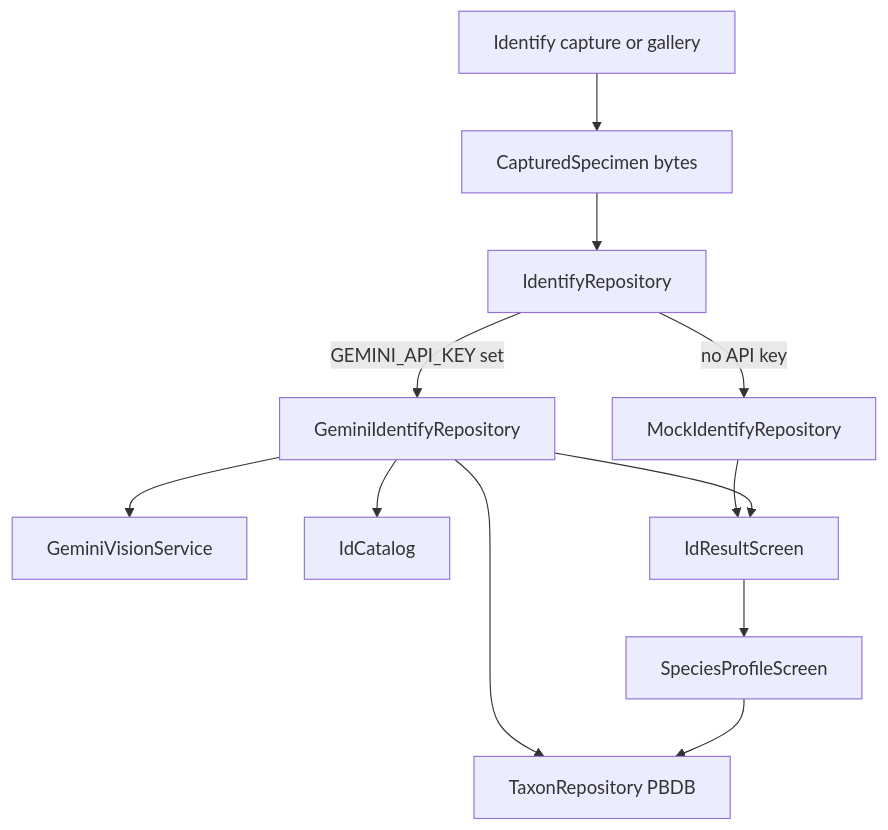
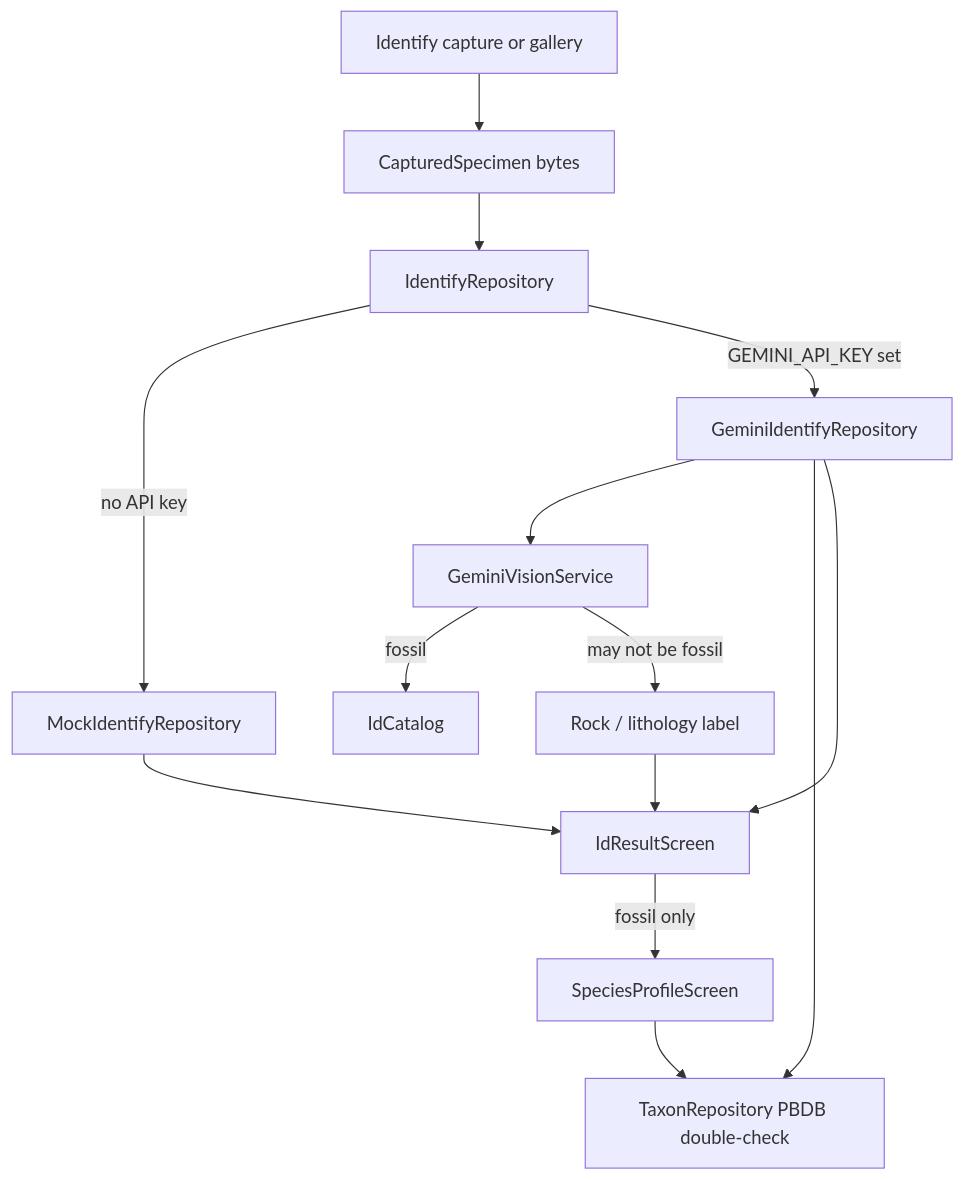
The first of 2 diagrams in docs/iteration-7-identify-roadmap.md (bettyxian2011-afk/Dino-Stuffy-), drawn with Mermaid before and after one commit. The commit also changed other lines of this file and 16 other files, not shown here.

````diff
--- a/docs/iteration-7-identify-roadmap.md
+++ b/docs/iteration-7-identify-roadmap.md
@@ -50,14 +55,16 @@
 ```mermaid
 flowchart TD
   Capture[Identify capture or gallery] --> Bytes[CapturedSpecimen bytes]
   Bytes --> Repo[IdentifyRepository]
   Repo -->|no API key| Mock[MockIdentifyRepository]
   Repo -->|GEMINI_API_KEY set| Gemini[GeminiIdentifyRepository]
   Gemini --> Vision[GeminiVisionService]
-  Gemini --> Catalog[IdCatalog]
-  Gemini --> Taxon[TaxonRepository PBDB]
+  Vision -->|fossil| Catalog[IdCatalog]
+  Vision -->|may not be fossil| Rock[Rock / lithology label]
+  Gemini --> Taxon[TaxonRepository PBDB double-check]
   Mock --> Result[IdResultScreen]
   Gemini --> Result
-  Result --> Profile[SpeciesProfileScreen]
+  Rock --> Result
+  Result -->|fossil only| Profile[SpeciesProfileScreen]
   Profile --> Taxon
 ```
````
